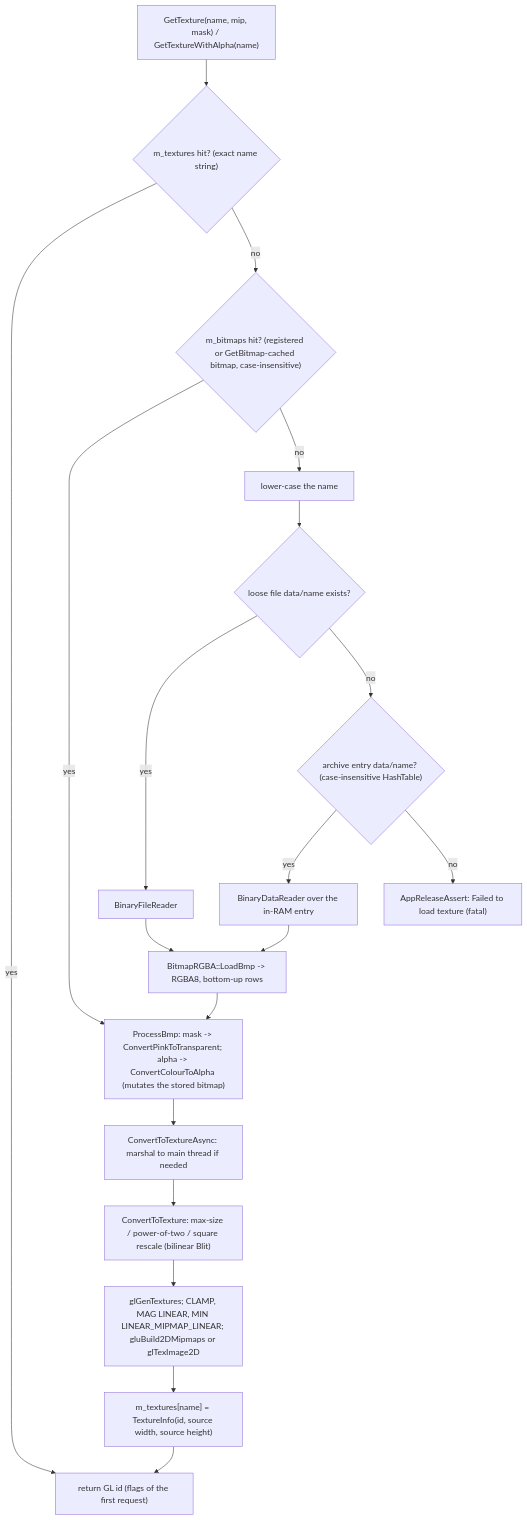
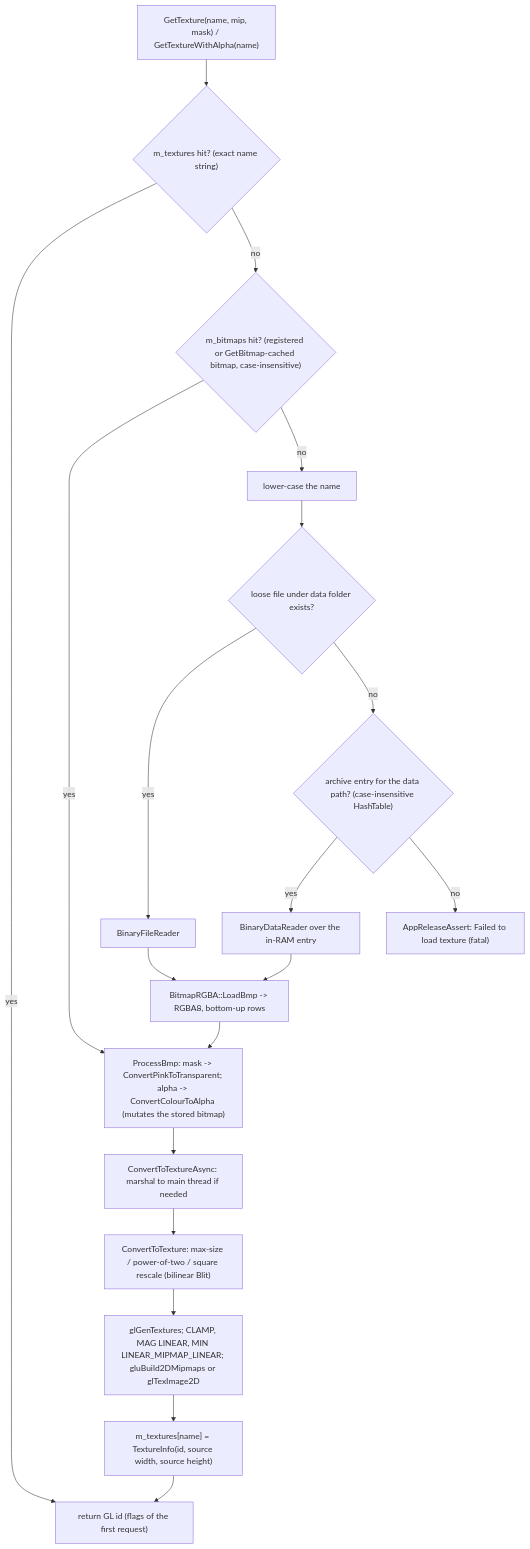
Before and after one commit to Zwaliebaba/Species.AI: the diagram in design/_work/script_inputs/S_25_template.md, drawn with Mermaid. The commit also changed other lines of this file and 11 other files, not shown here.

````diff
--- a/design/_work/script_inputs/S_25_template.md
+++ b/design/_work/script_inputs/S_25_template.md
@@ -119,19 +119,19 @@
 ```mermaid
 flowchart TD
     REQ["GetTexture(name, mip, mask) / GetTextureWithAlpha(name)"] --> CACHE{"m_textures hit? (exact name string)"}
     CACHE -- yes --> ID["return GL id (flags of the first request)"]
     CACHE -- no --> STORE{"m_bitmaps hit? (registered or GetBitmap-cached bitmap, case-insensitive)"}
     STORE -- yes --> PROC["ProcessBmp: mask -> ConvertPinkToTransparent; alpha -> ConvertColourToAlpha (mutates the stored bitmap)"]
-    STORE -- no --> LOW["lower-case the name"] --> LOOSE{"loose file data/name exists?"}
+    STORE -- no --> LOW["lower-case the name"] --> LOOSE{"loose file under data folder exists?"}
     LOOSE -- yes --> READ["BinaryFileReader"]
-    LOOSE -- no --> ARCH{"archive entry data/name? (case-insensitive HashTable)"}
+    LOOSE -- no --> ARCH{"archive entry for the data path? (case-insensitive HashTable)"}
     ARCH -- yes --> READM["BinaryDataReader over the in-RAM entry"]
     ARCH -- no --> FAIL["AppReleaseAssert: Failed to load texture (fatal)"]
     READ --> DEC["BitmapRGBA::LoadBmp -> RGBA8, bottom-up rows"]
     READM --> DEC
     DEC --> PROC
     PROC --> UP["ConvertToTextureAsync: marshal to main thread if needed"]
     UP --> SIZE["ConvertToTexture: max-size / power-of-two / square rescale (bilinear Blit)"]
     SIZE --> GL["glGenTextures; CLAMP, MAG LINEAR, MIN LINEAR_MIPMAP_LINEAR; gluBuild2DMipmaps or glTexImage2D"]
     GL --> INS["m_textures[name] = TextureInfo(id, source width, source height)"] --> ID
 ```
````
